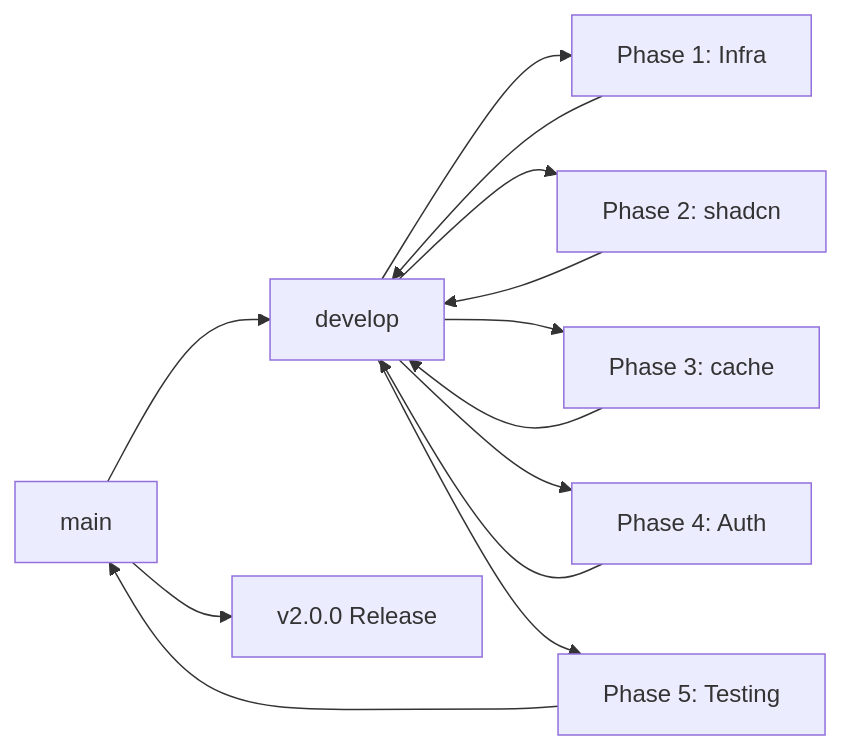
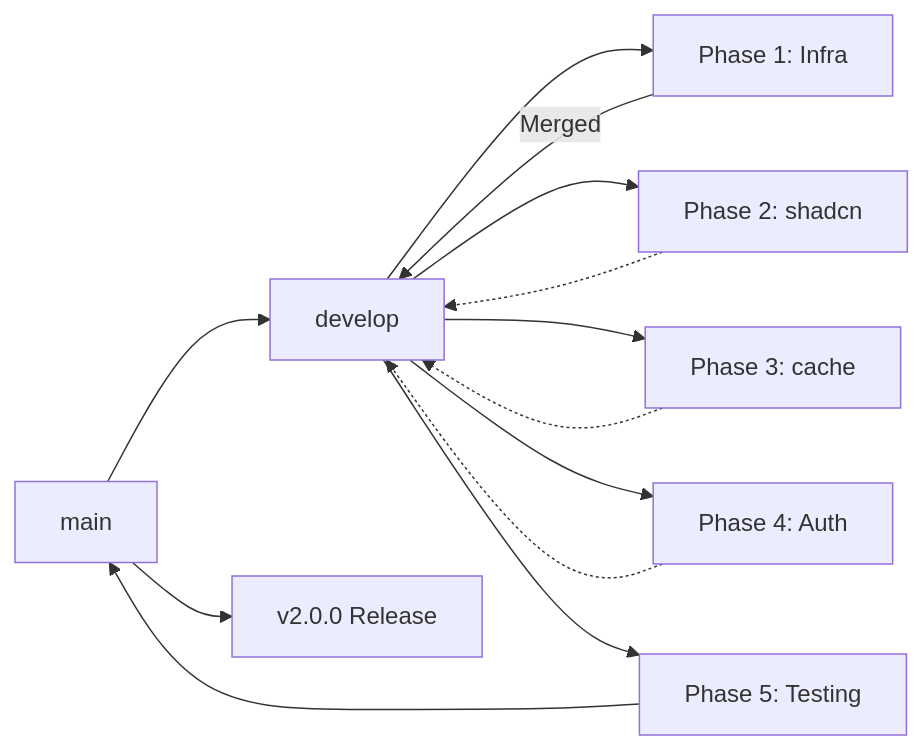
Before and after one commit to ahmadmh404/messenger-clone: the diagram in plans/BRANCHING_STRATEGY.md, drawn with Mermaid. The commit also changed other lines of this file and 2 other files, not shown here.

````diff
--- a/plans/BRANCHING_STRATEGY.md
+++ b/plans/BRANCHING_STRATEGY.md
@@ -163,18 +92,18 @@
 ```mermaid
 graph LR
     main[main] --> develop[develop]
 
     develop --> P1[Phase 1: Infra]
     develop --> P2[Phase 2: shadcn]
     develop --> P3[Phase 3: cache]
     develop --> P4[Phase 4: Auth]
     develop --> P5[Phase 5: Testing]
 
-    P1 --> develop
-    P2 --> develop
-    P3 --> develop
-    P4 --> develop
+    P1 -->|Merged| develop
+    P2 -.-> develop
+    P3 -.-> develop
+    P4 -.-> develop
     P5 --> main
 
     main --> release[v2.0.0 Release]
 ```
````
